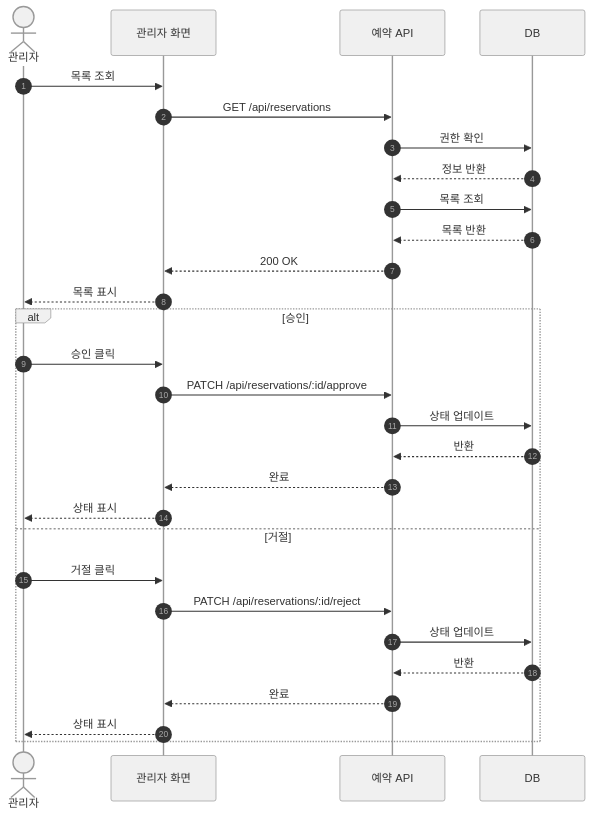
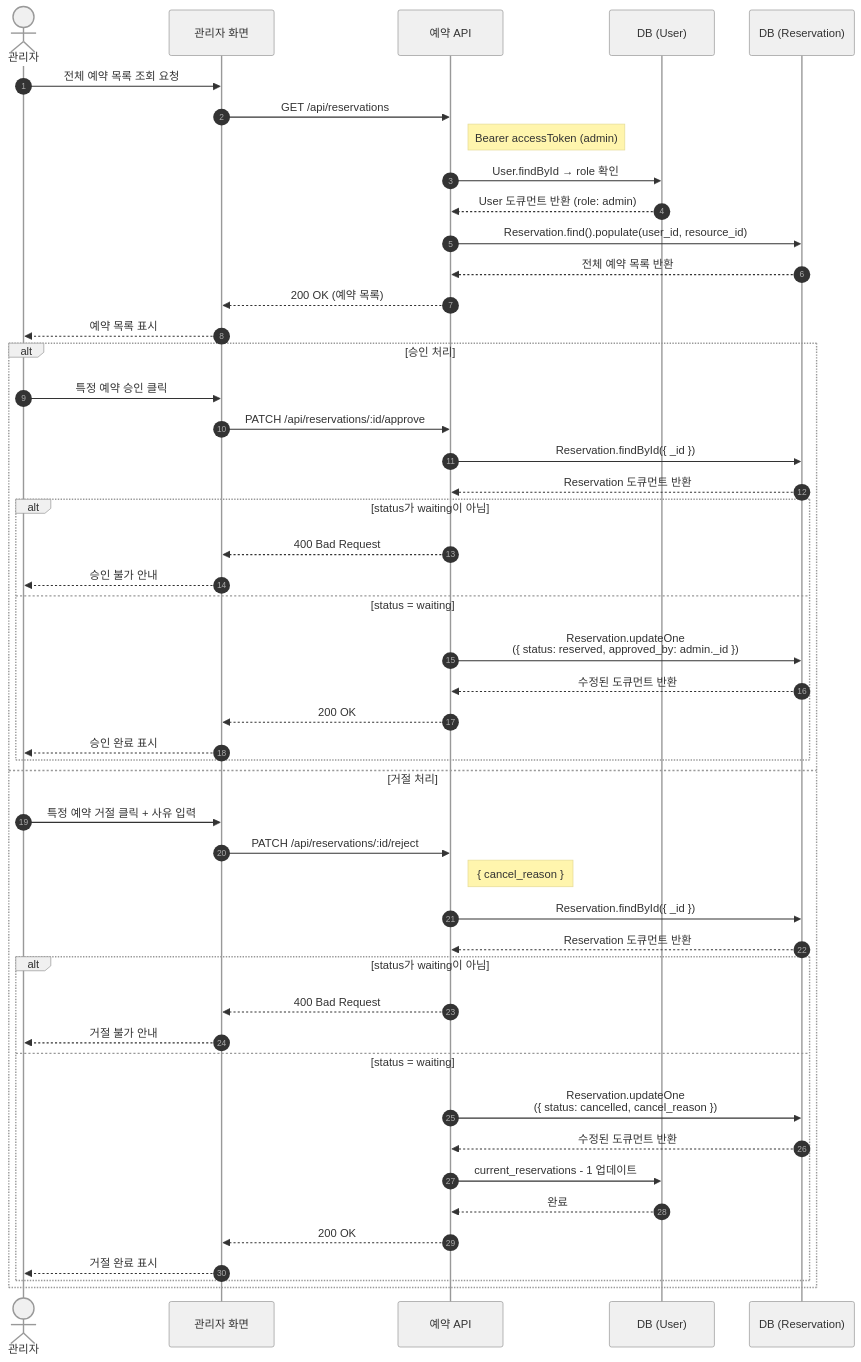
The third of 3 diagrams in README.md (lopalap/123dsada), drawn with Mermaid before and after one commit. The commit also changed other lines of this file, not shown here.

````diff
--- a/README.md
+++ b/README.md
@@ -70,32 +127,55 @@
 ```mermaid
 %%{init: {'theme': 'base', 'themeVariables': {'primaryColor': '#f0f0f0', 'primaryTextColor': '#333', 'primaryBorderColor': '#999', 'lineColor': '#555', 'secondaryColor': '#f9f9f9', 'tertiaryColor': '#fff'}}}%%
 sequenceDiagram
     autonumber
     actor Admin as 관리자
     participant Frontend as 관리자 화면
-    participant ReservationAPI as 예약 API
-    participant DB as DB
-    Admin->>Frontend: 목록 조회
-    Frontend->>ReservationAPI: GET /api/reservations
-    ReservationAPI->>DB: 권한 확인
-    DB-->>ReservationAPI: 정보 반환
-    ReservationAPI->>DB: 목록 조회
-    DB-->>ReservationAPI: 목록 반환
-    ReservationAPI-->>Frontend: 200 OK
-    Frontend-->>Admin: 목록 표시
-    alt 승인
-        Admin->>Frontend: 승인 클릭
-        Frontend->>ReservationAPI: PATCH /api/reservations/:id/approve
-        ReservationAPI->>DB: 상태 업데이트
-        DB-->>ReservationAPI: 반환
-        ReservationAPI-->>Frontend: 완료
-        Frontend-->>Admin: 상태 표시
-    else 거절
-        Admin->>Frontend: 거절 클릭
-        Frontend->>ReservationAPI: PATCH /api/reservations/:id/reject
-        ReservationAPI->>DB: 상태 업데이트
-        DB-->>ReservationAPI: 반환
-        ReservationAPI-->>Frontend: 완료
-        Frontend-->>Admin: 상태 표시
+    participant API as 예약 API
+    participant DB_U as DB (User)
+    participant DB_RV as DB (Reservation)
+
+    Admin->>Frontend: 전체 예약 목록 조회 요청
+    Frontend->>API: GET /api/reservations
+    note right of API: Bearer accessToken (admin)
+
+    API->>DB_U: User.findById → role 확인
+    DB_U-->>API: User 도큐먼트 반환 (role: admin)
+
+    API->>DB_RV: Reservation.find().populate(user_id, resource_id)
+    DB_RV-->>API: 전체 예약 목록 반환
+    API-->>Frontend: 200 OK (예약 목록)
+    Frontend-->>Admin: 예약 목록 표시
+
+    alt 승인 처리
+        Admin->>Frontend: 특정 예약 승인 클릭
+        Frontend->>API: PATCH /api/reservations/:id/approve
+        API->>DB_RV: Reservation.findById({ _id })
+        DB_RV-->>API: Reservation 도큐먼트 반환
+        alt status가 waiting이 아님
+            API-->>Frontend: 400 Bad Request
+            Frontend-->>Admin: 승인 불가 안내
+        else status = waiting
+            API->>DB_RV: Reservation.updateOne<br/>({ status: reserved, approved_by: admin._id })
+            DB_RV-->>API: 수정된 도큐먼트 반환
+            API-->>Frontend: 200 OK
+            Frontend-->>Admin: 승인 완료 표시
+        end
+    else 거절 처리
+        Admin->>Frontend: 특정 예약 거절 클릭 + 사유 입력
+        Frontend->>API: PATCH /api/reservations/:id/reject
+        note right of API: { cancel_reason }
+        API->>DB_RV: Reservation.findById({ _id })
+        DB_RV-->>API: Reservation 도큐먼트 반환
+        alt status가 waiting이 아님
+            API-->>Frontend: 400 Bad Request
+            Frontend-->>Admin: 거절 불가 안내
+        else status = waiting
+            API->>DB_RV: Reservation.updateOne<br/>({ status: cancelled, cancel_reason })
+            DB_RV-->>API: 수정된 도큐먼트 반환
+            API->>DB_U: current_reservations - 1 업데이트
+            DB_U-->>API: 완료
+            API-->>Frontend: 200 OK
+            Frontend-->>Admin: 거절 완료 표시
+        end
     end
 ```
````
